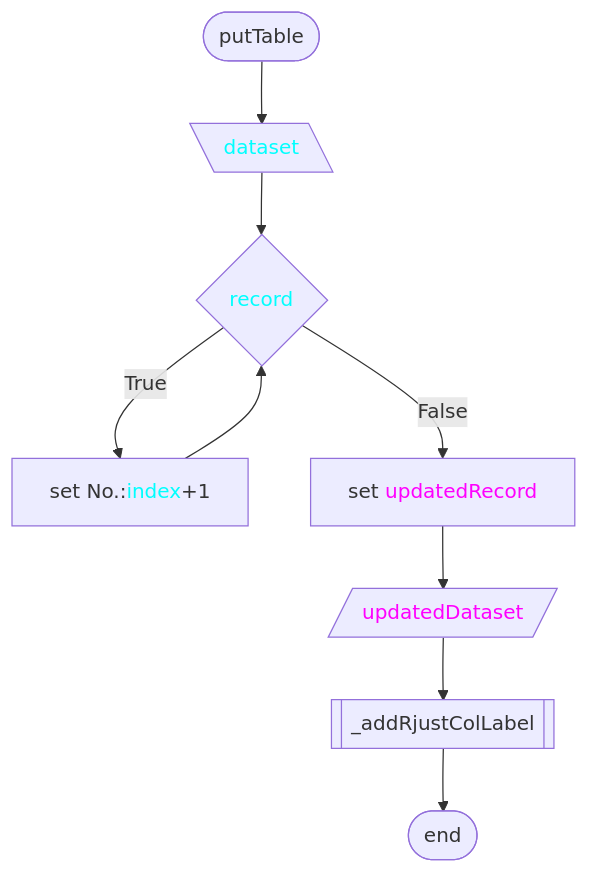
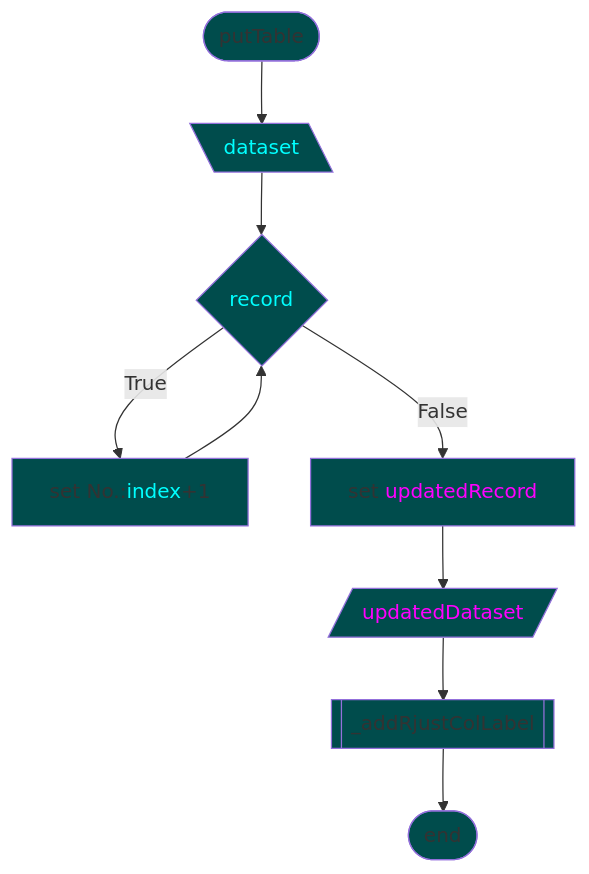
One commit to 7s4e/p3 changed diagram 18 of 20 in scripts/table/design.md. Above: the diagram before and after it, drawn with Mermaid. The commit also changed other lines of this file, not shown here.

````diff
--- a/scripts/table/design.md
+++ b/scripts/table/design.md
@@ -550,19 +554,20 @@
 ```mermaid
-flowchart TB
-    STR([putTable])
+flowchart
+    classDef fill fill:#004c4c
+    STR([putTable]):::fill
         STR --> INP
-    INP[\"<span style='color:cyan;'>dataset</span>"\]
+    INP[\"<span style='color:cyan;'>dataset</span>"\]:::fill
         INP --> FOR
-    FOR{"<span style='color:cyan;'>record</span>"}
+    FOR{"<span style='color:cyan;'>record</span>"}:::fill
         FOR -- True  --> SKV
         SKV          --> FOR
         FOR -- False --> URC
-    SKV["set No.:<span style='color:cyan;'>index</span>+1"]
-    URC["set <span style='color:magenta;'>updatedRecord</span>"]
+    SKV["set No.:<span style='color:cyan;'>index</span>+1"]:::fill
+    URC["set <span style='color:magenta;'>updatedRecord</span>"]:::fill
         URC --> UDS
-    UDS[/"<span style='color:magenta;'>updatedDataset</span>"/]
+    UDS[/"<span style='color:magenta;'>updatedDataset</span>"/]:::fill
         UDS --> RJC
-    RJC[[_addRjustColLabel]]
+    RJC[[_addRjustColLabel]]:::fill
         RJC --> END
-    END([end])
+    END([end]):::fill
 ```
````
